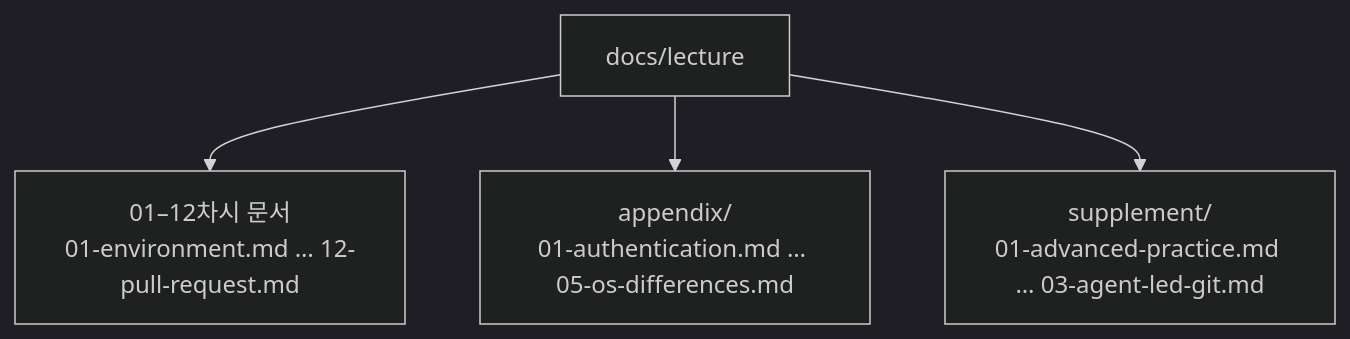
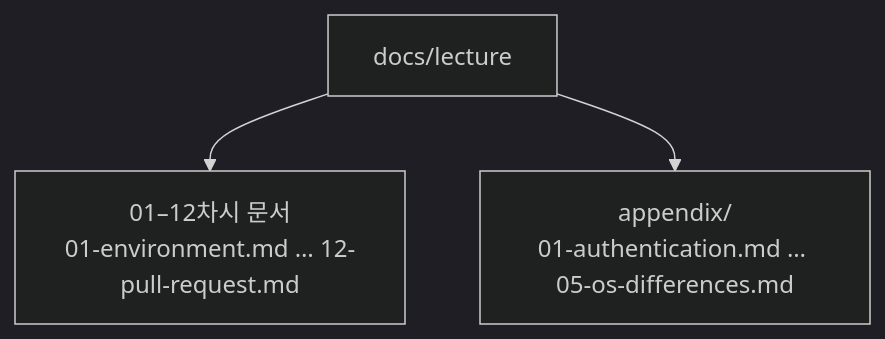
Before and after one commit to qus0in-factory/learn: the second of 2 diagrams in docs/lecture/index.md, drawn with Mermaid (dark theme). The commit also changed other lines of this file and 55 other files, not shown here.

````diff
--- a/docs/lecture/index.md
+++ b/docs/lecture/index.md
@@ -78,6 +74,5 @@
 ```mermaid
 flowchart TD
     L["docs/lecture"] --> C["01–12차시 문서<br/>01-environment.md … 12-pull-request.md"]
     L --> A["appendix/<br/>01-authentication.md … 05-os-differences.md"]
-    L --> S["supplement/<br/>01-advanced-practice.md … 03-agent-led-git.md"]
 ```
````
